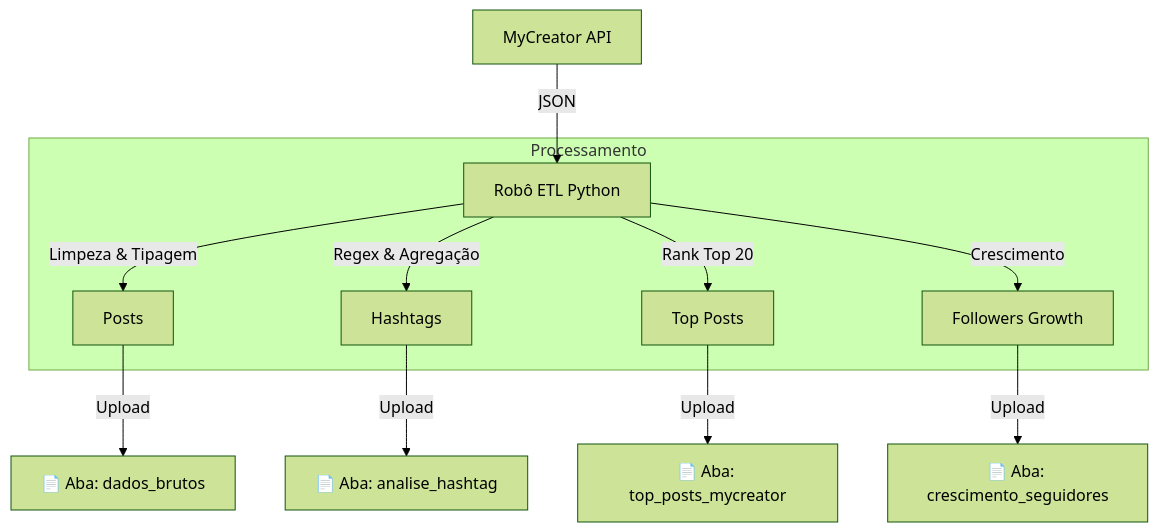
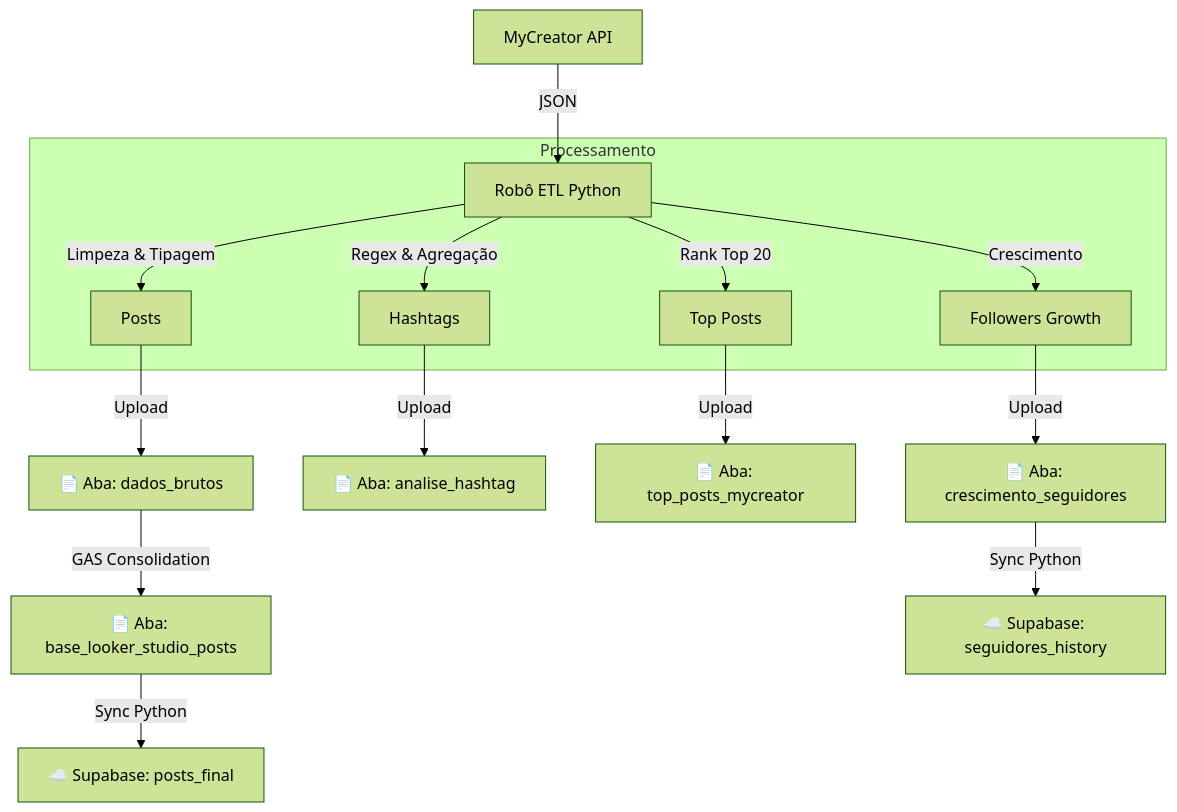
One commit to mscarpenter-myside/mycreator-analytics changed the diagram in Docs/DICIONARIO_DADOS.md. Above: the diagram before and after it, drawn with Mermaid (forest theme). The commit also changed other lines of this file and 3 other files, not shown here.

````diff
--- a/Docs/DICIONARIO_DADOS.md
+++ b/Docs/DICIONARIO_DADOS.md
@@ -9,16 +9,20 @@
 ```mermaid
 graph TD
     API[MyCreator API] -->|JSON| ETL[Robô ETL Python]
     
     subgraph Processamento
         ETL -->|Limpeza & Tipagem| P1[Posts]
         ETL -->|Regex & Agregação| H1[Hashtags]
         ETL -->|Rank Top 20| T1[Top Posts]
         ETL -->|Crescimento| CS1[Followers Growth]
     end
     
     P1 -->|Upload| GS1[📄 Aba: dados_brutos]
     H1 -->|Upload| GS3[📄 Aba: analise_hashtag]
     T1 -->|Upload| GS4[📄 Aba: top_posts_mycreator]
     CS1 -->|Upload| GS5[📄 Aba: crescimento_seguidores]
+
+    GS1 -->|GAS Consolidation| GS6[📄 Aba: base_looker_studio_posts]
+    GS6 -->|Sync Python| SB1[☁️ Supabase: posts_final]
+    GS5 -->|Sync Python| SB2[☁️ Supabase: seguidores_history]
 ```
````
